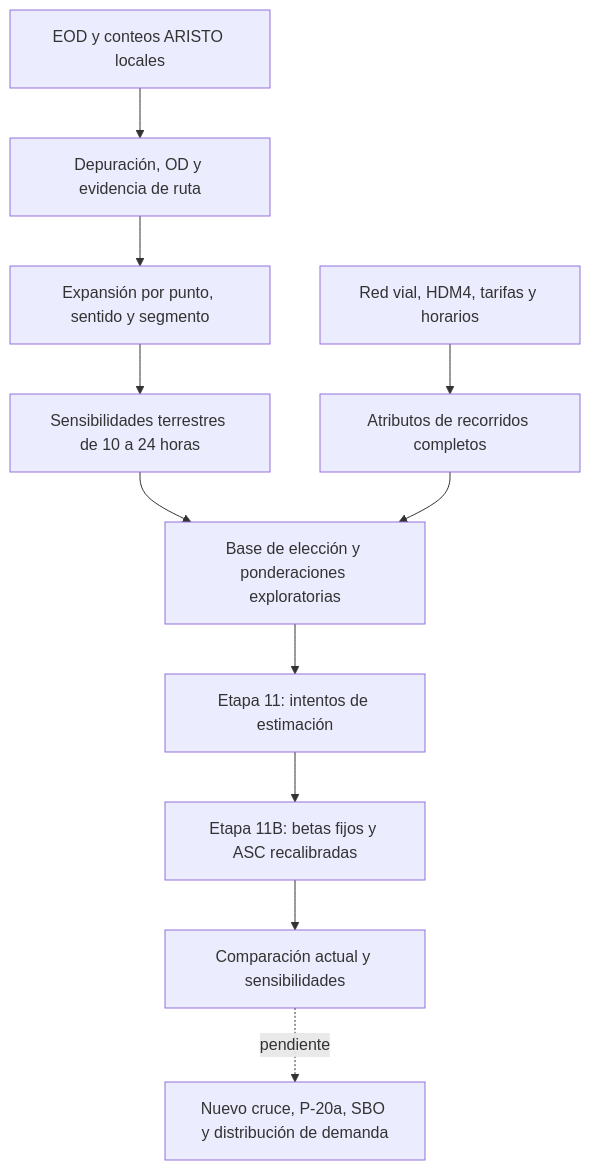
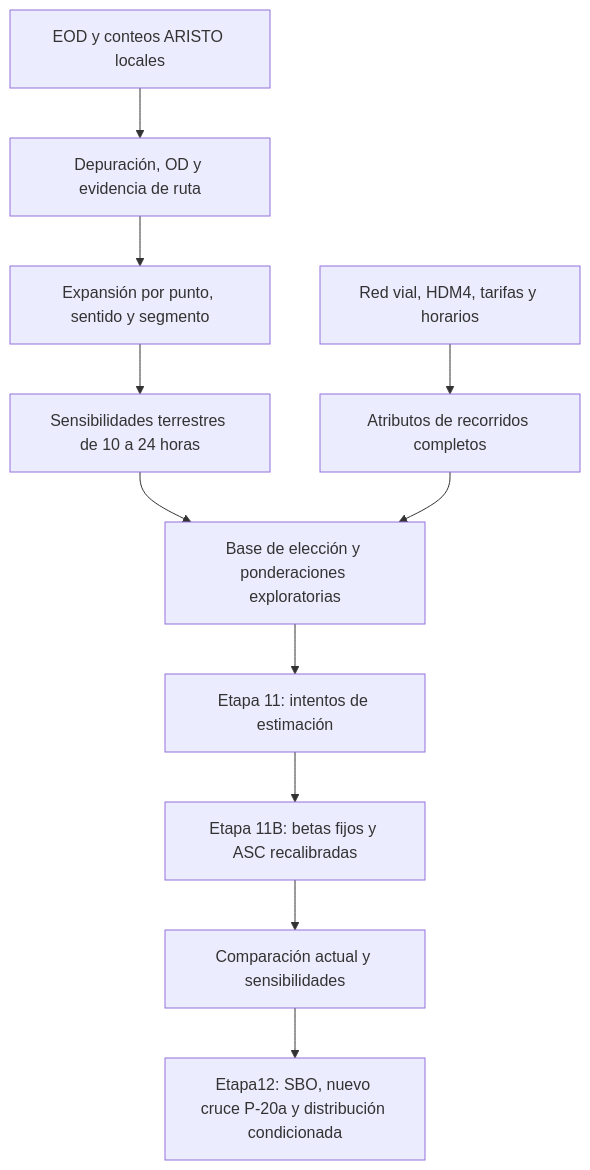
One commit to Natalyuxias/demanda-lago-general-carrera changed the diagram in README.md. Above: the diagram before and after it, drawn with Mermaid. The commit also changed other lines of this file and 14 other files, not shown here.

````diff
--- a/README.md
+++ b/README.md
@@ -21,13 +25,13 @@
 ```mermaid
 flowchart TD
  A[EOD y conteos ARISTO locales] --> B[Depuración, OD y evidencia de ruta]
  B --> C[Expansión por punto, sentido y segmento]
  C --> D[Sensibilidades terrestres de 10 a 24 horas]
  E[Red vial, HDM4, tarifas y horarios] --> F[Atributos de recorridos completos]
  D --> G[Base de elección y ponderaciones exploratorias]
  F --> G
  G --> H[Etapa 11: intentos de estimación]
  H --> I[Etapa 11B: betas fijos y ASC recalibradas]
  I --> J[Comparación actual y sensibilidades]
- J -. pendiente .-> K[Nuevo cruce, P-20a, SBO y distribución de demanda]
+ J --> K[Etapa12: SBO, nuevo cruce P-20a y distribución condicionada]
 ```
````
